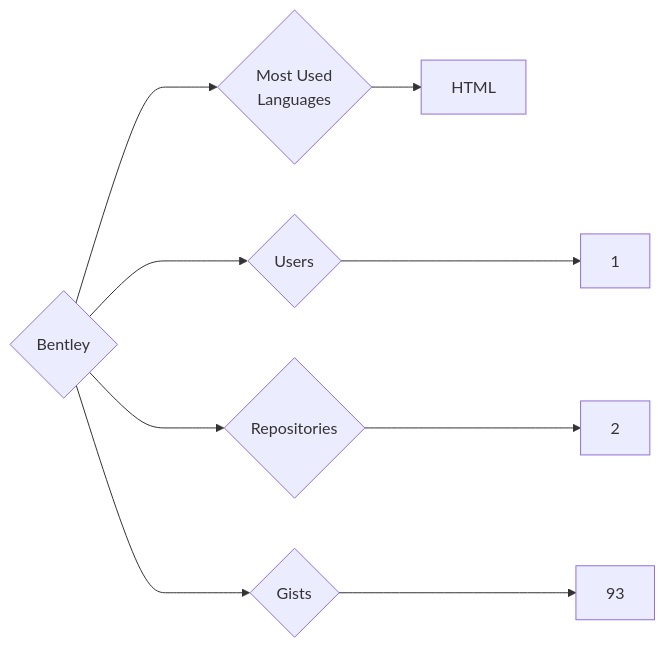
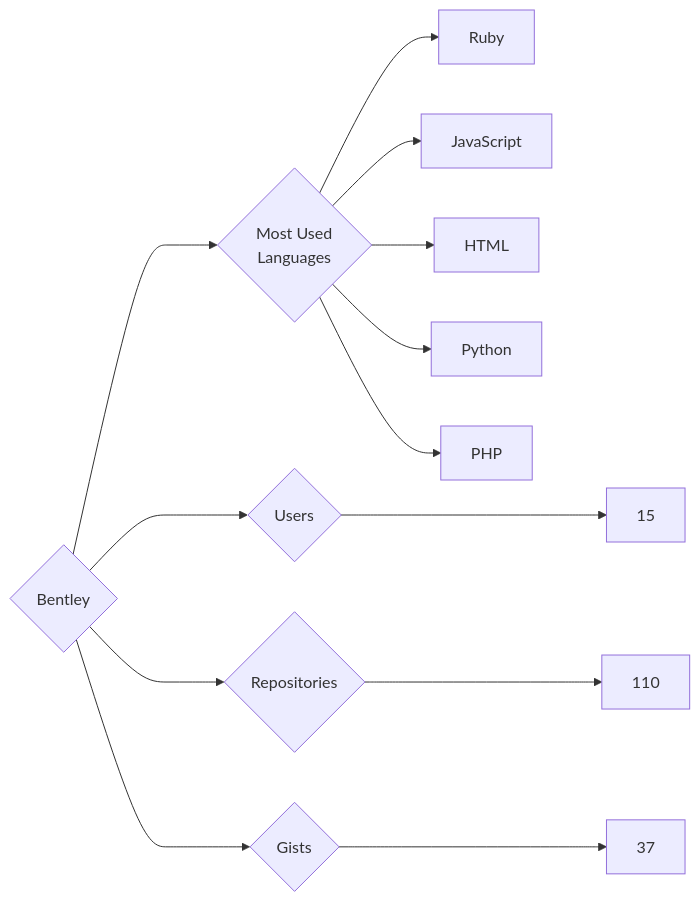
One commit to trickest/insiders changed the diagram in targets/Bentley/README.md. Above: the diagram before and after it, drawn with Mermaid. The commit also changed 748 other files, not shown here.

````diff
--- a/targets/Bentley/README.md
+++ b/targets/Bentley/README.md
@@ -3,9 +3,13 @@
 ```mermaid
 graph LR
 COMPANY_NAME{Bentley}
-COMPANY_NAME ---> U{Users} ---> UN[1]
-COMPANY_NAME ---> R{Repositories} ---> RN[2]
-COMPANY_NAME ---> G{Gists} ---> GN[93]
+COMPANY_NAME ---> U{Users} ---> UN[15]
+COMPANY_NAME ---> R{Repositories} ---> RN[110]
+COMPANY_NAME ---> G{Gists} ---> GN[37]
 COMPANY_NAME ---> ML{Most Used<br>Languages}
+ML --> Ruby[Ruby]
+ML --> JavaScript[JavaScript]
 ML --> HTML[HTML]
+ML --> Python[Python]
+ML --> PHP[PHP]
 ```
````
